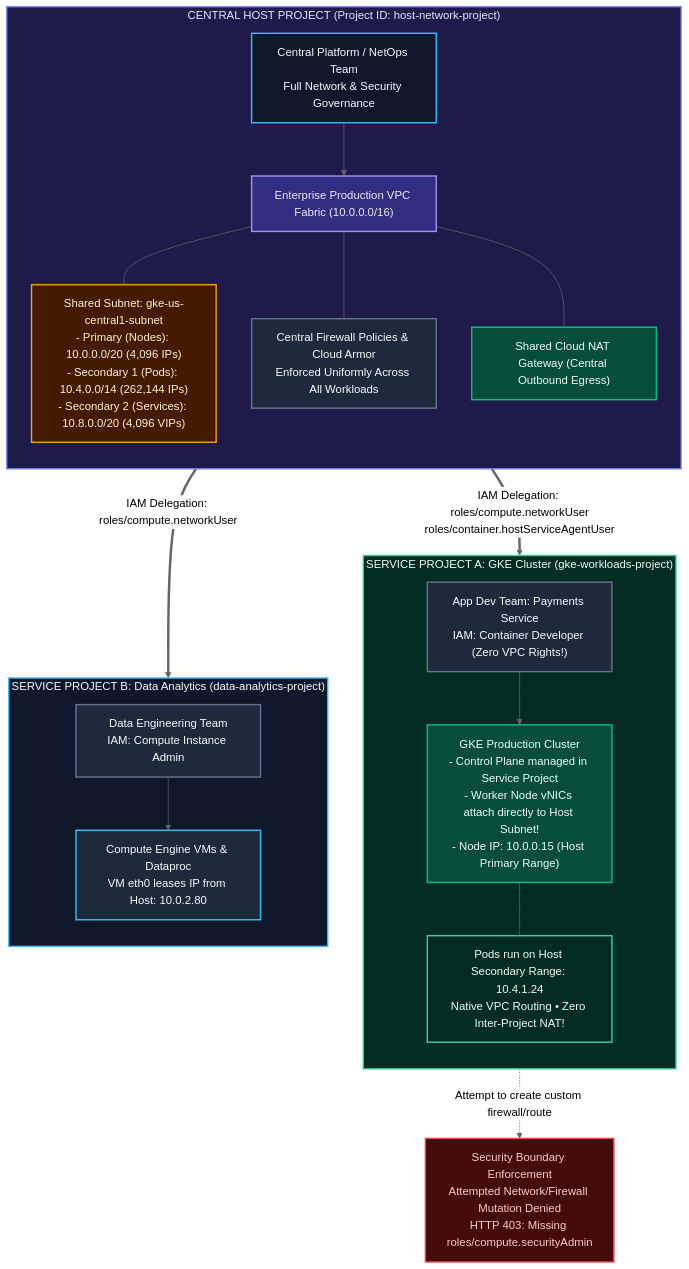
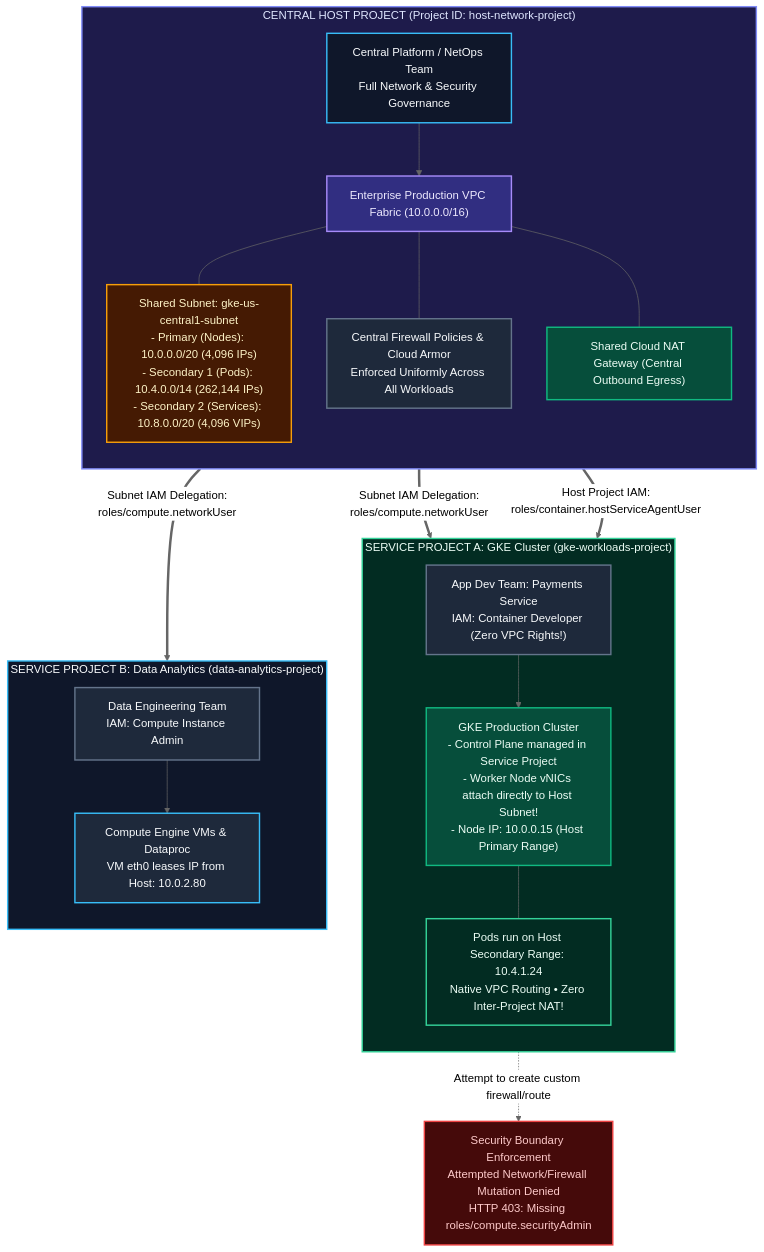
Before and after one commit to Chief-Strategist-J/gcd: diagram 12 of 16 in kubernetes/networking-shell-command.md, drawn with Mermaid (neutral theme). The commit also changed other lines of this file, not shown here.

Commit message:
fix(iam): correct GKE Shared VPC host project and subnet IAM grants and code block formatting

````diff
--- a/kubernetes/networking-shell-command.md
+++ b/kubernetes/networking-shell-command.md
@@ -1845,60 +1845,61 @@
 ```mermaid
 graph TB
     subgraph HostProject["CENTRAL HOST PROJECT (Project ID: host-network-project)"]
         direction TB
         HostAdmin["Central Platform / NetOps Team<br/>Full Network & Security Governance"]
         VPCNet["Enterprise Production VPC Fabric (10.0.0.0/16)"]
         
         SharedSubnet["Shared Subnet: gke-us-central1-subnet<br/>- Primary (Nodes): 10.0.0.0/20 (4,096 IPs)<br/>- Secondary 1 (Pods): 10.4.0.0/14 (262,144 IPs)<br/>- Secondary 2 (Services): 10.8.0.0/20 (4,096 VIPs)"]
         
         SecurityPolicies["Central Firewall Policies & Cloud Armor<br/>Enforced Uniformly Across All Workloads"]
         CloudNATGW["Shared Cloud NAT Gateway (Central Outbound Egress)"]
 
         HostAdmin --> VPCNet
         VPCNet --- SharedSubnet
         VPCNet --- SecurityPolicies
         VPCNet --- CloudNATGW
     end
 
-    SharedSubnet == "IAM Delegation: roles/compute.networkUser<br/>roles/container.hostServiceAgentUser" ==> ServiceGKE
-    SharedSubnet == "IAM Delegation: roles/compute.networkUser" ==> ServiceVMs
+    HostProject == "Host Project IAM:<br/>roles/container.hostServiceAgentUser" ==> ServiceGKE
+    SharedSubnet == "Subnet IAM Delegation:<br/>roles/compute.networkUser" ==> ServiceGKE
+    SharedSubnet == "Subnet IAM Delegation:<br/>roles/compute.networkUser" ==> ServiceVMs
 
     subgraph ServiceProject1["SERVICE PROJECT A: GKE Cluster (gke-workloads-project)"]
         direction TB
         GKEAdmin["App Dev Team: Payments Service<br/>IAM: Container Developer (Zero VPC Rights!)"]
         
         ServiceGKE["GKE Production Cluster<br/>- Control Plane managed in Service Project<br/>- Worker Node vNICs attach directly to Host Subnet!<br/>- Node IP: 10.0.0.15 (Host Primary Range)"]
         
         GKEPodsWorkload["Pods run on Host Secondary Range: 10.4.1.24<br/>Native VPC Routing • Zero Inter-Project NAT!"]
         
         GKEAdmin --> ServiceGKE
         ServiceGKE --- GKEPodsWorkload
     end
 
     subgraph ServiceProject2["SERVICE PROJECT B: Data Analytics (data-analytics-project)"]
         direction TB
         DataTeam["Data Engineering Team<br/>IAM: Compute Instance Admin"]
         
         ServiceVMs["Compute Engine VMs & Dataproc<br/>VM eth0 leases IP from Host: 10.0.2.80"]
         DataTeam --> ServiceVMs
     end
 
     BlockUnauthorized["Security Boundary Enforcement<br/>Attempted Network/Firewall Mutation Denied<br/>HTTP 403: Missing roles/compute.securityAdmin"]
 
     GKEAdmin -.->|"Attempt to create custom firewall/route"| BlockUnauthorized
 
     style HostProject fill:#1e1b4b,stroke:#818cf8,stroke-width:2px,color:#e0e7ff
     style VPCNet fill:#312e81,stroke:#a78bfa,stroke-width:2px,color:#ede9fe
     style HostAdmin fill:#0f172a,stroke:#38bdf8,stroke-width:2px,color:#f8fafc
     style SharedSubnet fill:#451a03,stroke:#f59e0b,stroke-width:2px,color:#fef3c7
     style SecurityPolicies fill:#1e293b,stroke:#64748b,stroke-width:2px,color:#f8fafc
     style CloudNATGW fill:#064e3b,stroke:#10b981,stroke-width:2px,color:#ecfdf5
     style ServiceProject1 fill:#022c22,stroke:#34d399,stroke-width:2px,color:#ecfdf5
     style GKEAdmin fill:#1e293b,stroke:#64748b,stroke-width:2px,color:#f8fafc
     style ServiceGKE fill:#064e3b,stroke:#10b981,stroke-width:2px,color:#ecfdf5
     style GKEPodsWorkload fill:#022c22,stroke:#34d399,stroke-width:2px,color:#ecfdf5
     style ServiceProject2 fill:#0f172a,stroke:#38bdf8,stroke-width:2px,color:#f8fafc
     style DataTeam fill:#1e293b,stroke:#64748b,stroke-width:2px,color:#f8fafc
     style ServiceVMs fill:#1e293b,stroke:#38bdf8,stroke-width:2px,color:#f8fafc
     style BlockUnauthorized fill:#450a0a,stroke:#ef4444,stroke-width:2px,color:#fecaca
 ```
````
